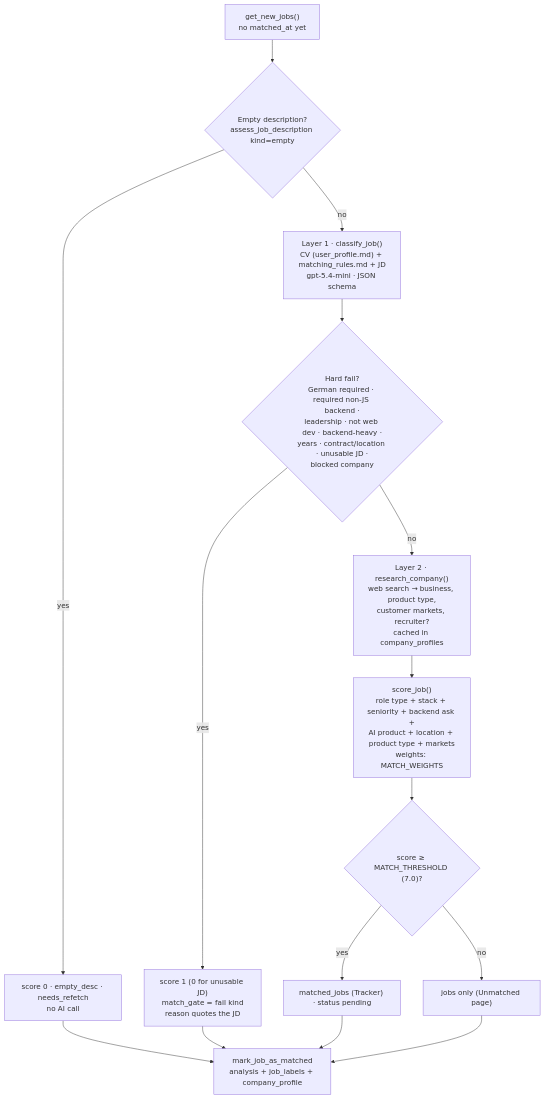
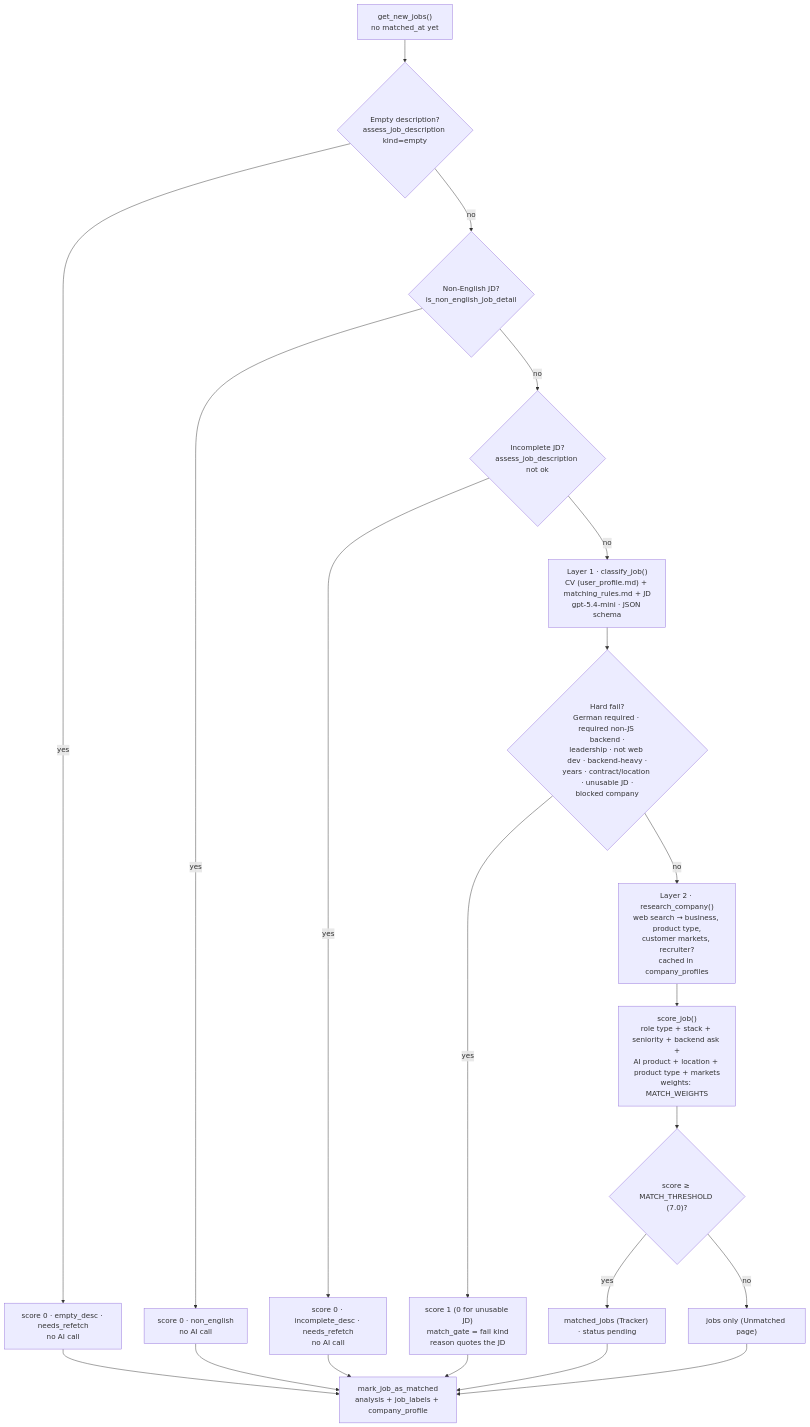
Before and after one commit to JialiNong/job_tracker: the fourth of 4 diagrams in docs/architecture.md, drawn with Mermaid. The commit also changed other lines of this file and 13 other files, not shown here.

````diff
--- a/docs/architecture.md
+++ b/docs/architecture.md
@@ -255,18 +254,24 @@
 ```mermaid
 flowchart TD
     New["get_new_jobs()<br/>no matched_at yet"]
     New --> Empty{"Empty description?<br/>assess_job_description kind=empty"}
     Empty -->|yes| FailEmpty["score 0 · empty_desc · needs_refetch<br/>no AI call"]
-    Empty -->|no| L1["Layer 1 · classify_job()<br/>CV (user_profile.md) + matching_rules.md + JD<br/>gpt-5.4-mini · JSON schema"]
+    Empty -->|no| Lang{"Non-English JD?<br/>is_non_english_job_detail"}
+    Lang -->|yes| FailLang["score 0 · non_english<br/>no AI call"]
+    Lang -->|no| Inc{"Incomplete JD?<br/>assess_job_description not ok"}
+    Inc -->|yes| FailInc["score 0 · incomplete_desc · needs_refetch<br/>no AI call"]
+    Inc -->|no| L1["Layer 1 · classify_job()<br/>CV (user_profile.md) + matching_rules.md + JD<br/>gpt-5.4-mini · JSON schema"]
     L1 --> Hard{"Hard fail?<br/>German required · required non-JS backend ·<br/>leadership · not web dev · backend-heavy ·<br/>years · contract/location · unusable JD ·<br/>blocked company"}
     Hard -->|yes| FailHard["score 1 (0 for unusable JD)<br/>match_gate = fail kind<br/>reason quotes the JD"]
     Hard -->|no| L2["Layer 2 · research_company()<br/>web search → business, product type,<br/>customer markets, recruiter?<br/>cached in company_profiles"]
     L2 --> Score["score_job()<br/>role type + stack + seniority + backend ask +<br/>AI product + location + product type + markets<br/>weights: MATCH_WEIGHTS"]
     Score --> T{"score ≥ MATCH_THRESHOLD (7.0)?"}
     T -->|yes| MJ["matched_jobs (Tracker) · status pending"]
     T -->|no| OnlyJobs["jobs only (Unmatched page)"]
     MJ --> Mark["mark_job_as_matched<br/>analysis + job_labels + company_profile"]
     OnlyJobs --> Mark
     FailEmpty --> Mark
+    FailLang --> Mark
+    FailInc --> Mark
     FailHard --> Mark
 ```
````
